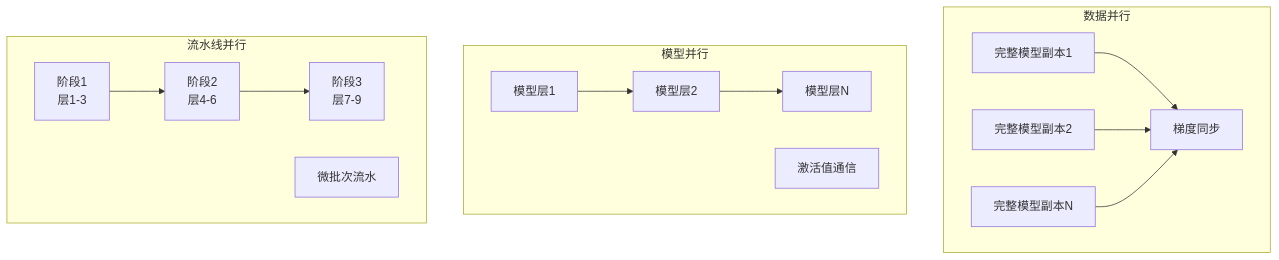
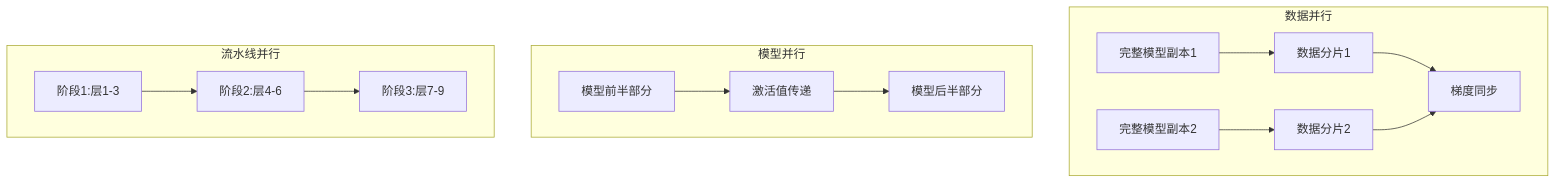
One commit to Leavesfly/TinyAI changed the first of 2 diagrams in book/part2-llm/chapter15-optimization/15.4-model-parallelism-breaking-single-machine-memory-limits.md. Above: the diagram before and after it, drawn with Mermaid. The commit also changed other lines of this file and 40 other files, not shown here.

````diff
--- a/book/part2-llm/chapter15-optimization/15.4-model-parallelism-breaking-single-machine-memory-limits.md
+++ b/book/part2-llm/chapter15-optimization/15.4-model-parallelism-breaking-single-machine-memory-limits.md
@@ -25,31 +43,19 @@
 ```mermaid
 graph TB
     subgraph "数据并行"
-        A[完整模型副本1]
-        B[完整模型副本2]
-        C[完整模型副本N]
-        D[梯度同步]
+        A1[完整模型副本1] --> A2[数据分片1]
+        B1[完整模型副本2] --> B2[数据分片2]
+        A2 --> C[梯度同步]
+        B2 --> C
     end
     
     subgraph "模型并行"
-        E[模型层1]
-        F[模型层2]
-        G[模型层N]
-        H[激活值通信]
+        D1[模型前半部分] --> D2[激活值传递]
+        D2 --> D3[模型后半部分]
     end
     
     subgraph "流水线并行"
-        I[阶段1<br/>层1-3]
-        J[阶段2<br/>层4-6]
-        K[阶段3<br/>层7-9]
-        L[微批次流水]
+        E1[阶段1:层1-3] --> E2[阶段2:层4-6]
+        E2 --> E3[阶段3:层7-9]
     end
-    
-    A --> D
-    B --> D
-    C --> D
-    E --> F
-    F --> G
-    I --> J
-    J --> K
 ```
````
